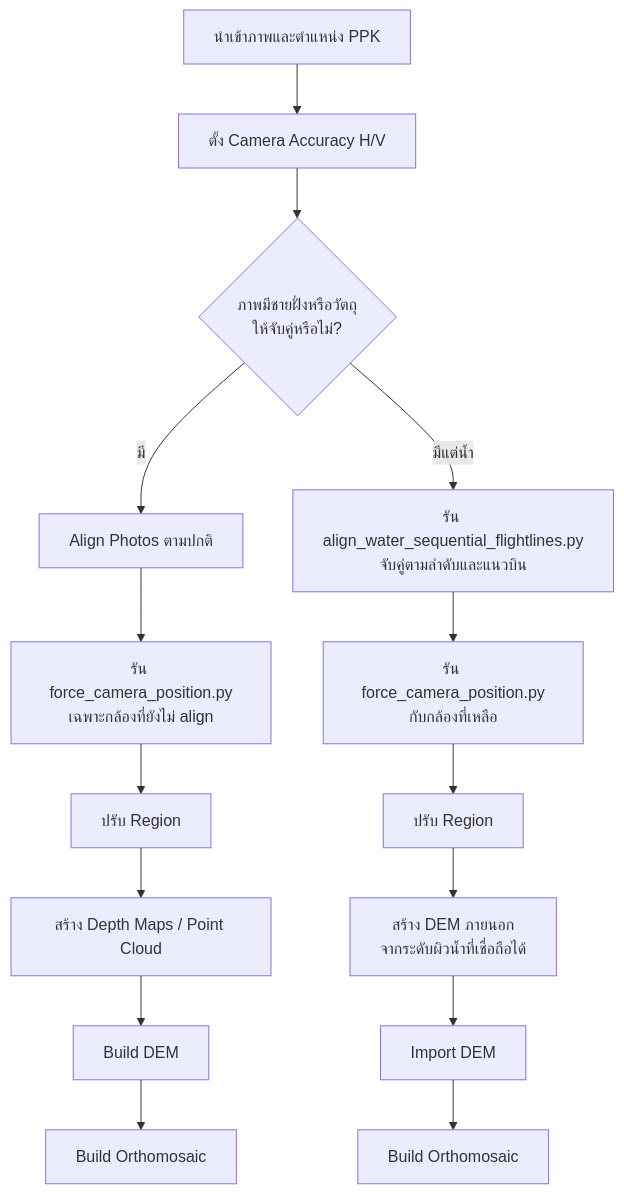
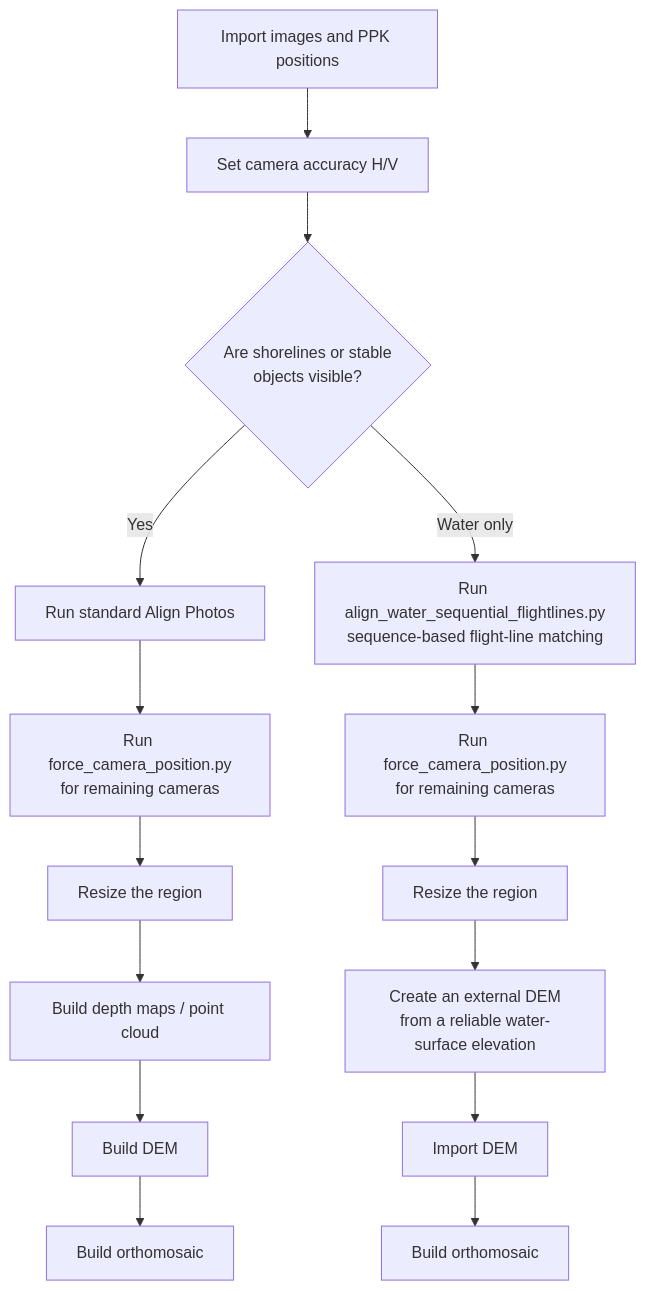
The diagram in README.md (A-Numahan/metashape-water-orthomosaic), drawn with Mermaid before and after one commit. The commit also changed other lines of this file and 8 other files, not shown here.

````diff
--- a/README.md
+++ b/README.md
@@ -18,19 +20,19 @@
 ```mermaid
 flowchart TB
-    A[นำเข้าภาพและตำแหน่ง PPK] --> B[ตั้ง Camera Accuracy H/V]
-    B --> C{ภาพมีชายฝั่งหรือวัตถุ<br/>ให้จับคู่หรือไม่?}
+    A[Import images and PPK positions] --> B[Set camera accuracy H/V]
+    B --> C{Are shorelines or stable<br/>objects visible?}
 
-    C -->|มี| D[Align Photos ตามปกติ]
-    D --> E[รัน force_camera_position.py<br/>เฉพาะกล้องที่ยังไม่ align]
-    E --> F[ปรับ Region]
-    F --> G[สร้าง Depth Maps / Point Cloud]
+    C -->|Yes| D[Run standard Align Photos]
+    D --> E[Run force_camera_position.py<br/>for remaining cameras]
+    E --> F[Resize the region]
+    F --> G[Build depth maps / point cloud]
     G --> H[Build DEM]
-    H --> I[Build Orthomosaic]
+    H --> I[Build orthomosaic]
 
-    C -->|มีแต่น้ำ| J[รัน align_water_sequential_flightlines.py<br/>จับคู่ตามลำดับและแนวบิน]
-    J --> K[รัน force_camera_position.py<br/>กับกล้องที่เหลือ]
-    K --> L[ปรับ Region]
-    L --> M[สร้าง DEM ภายนอก<br/>จากระดับผิวน้ำที่เชื่อถือได้]
+    C -->|Water only| J[Run align_water_sequential_flightlines.py<br/>sequence-based flight-line matching]
+    J --> K[Run force_camera_position.py<br/>for remaining cameras]
+    K --> L[Resize the region]
+    L --> M[Create an external DEM<br/>from a reliable water-surface elevation]
     M --> N[Import DEM]
-    N --> O[Build Orthomosaic]
+    N --> O[Build orthomosaic]
 ```
````
